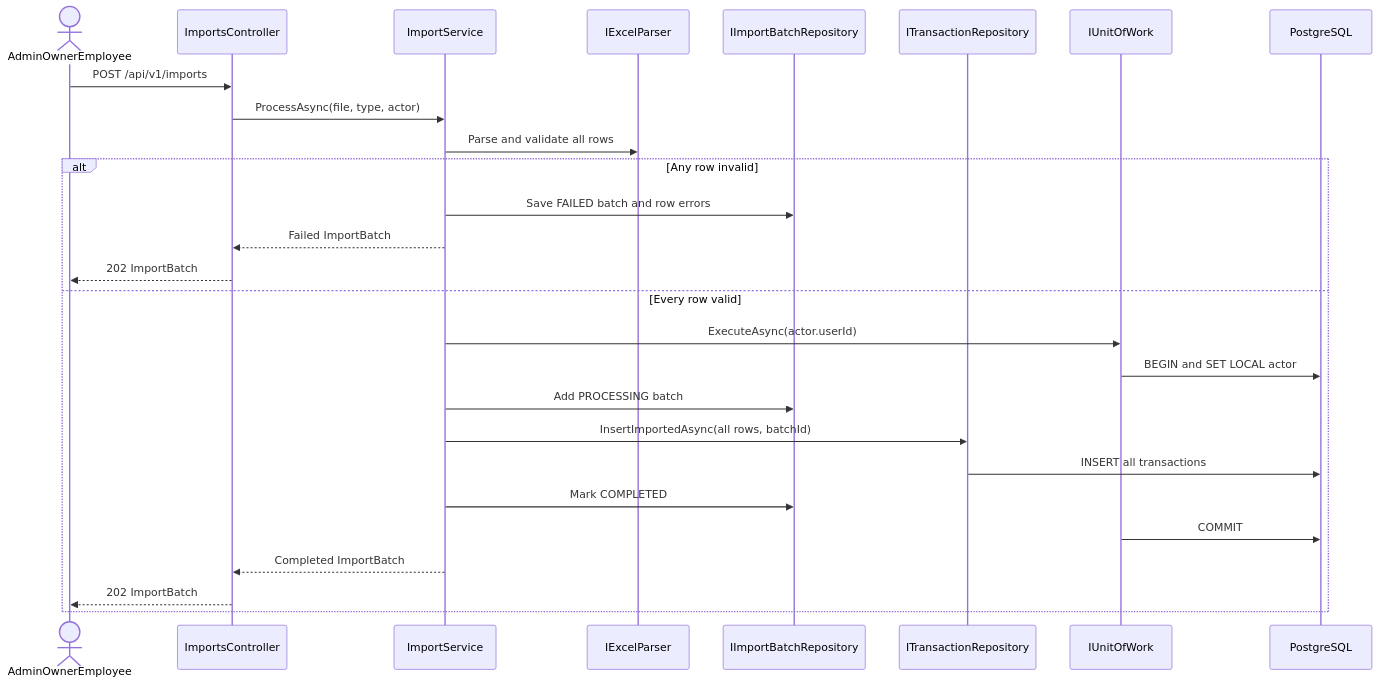
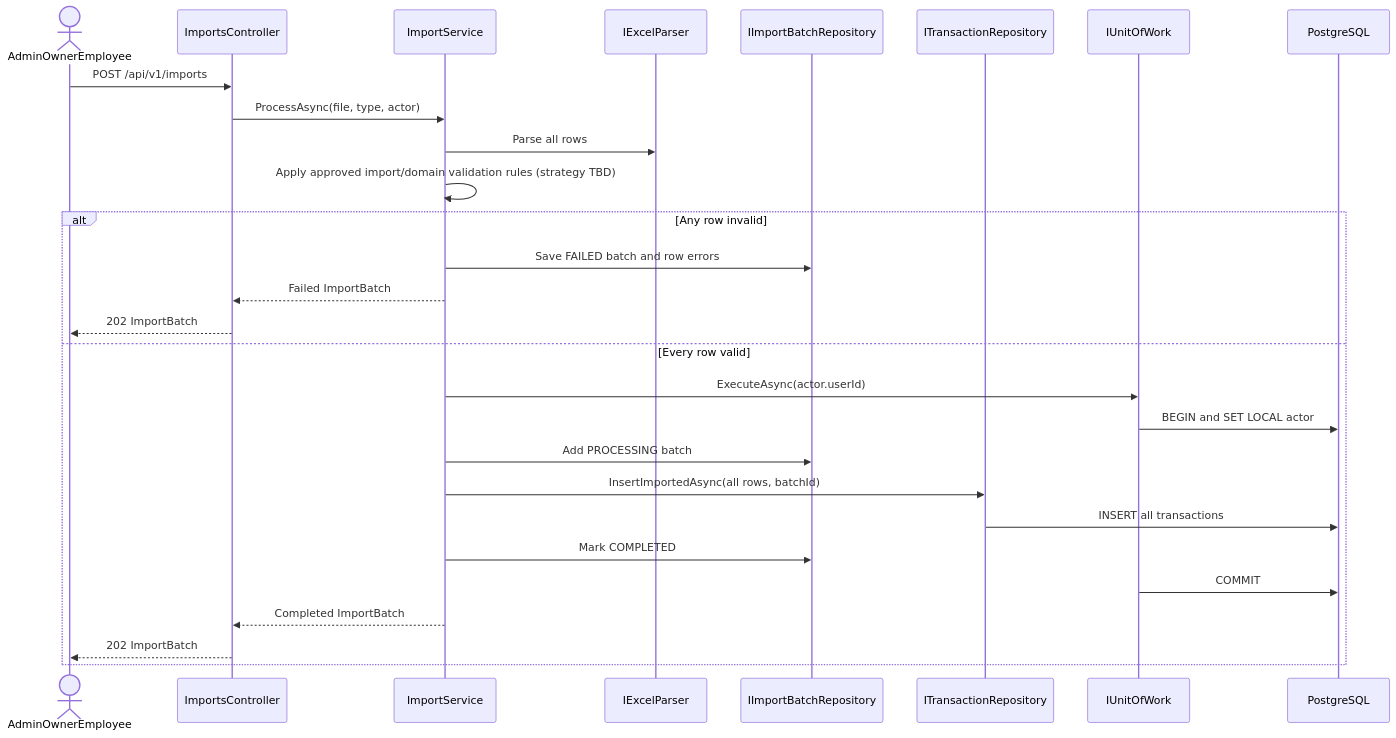
The fourth of 8 diagrams in docs/architecture/uml/03-api-traceability.md (PhamHiep948/finance-manager), drawn with Mermaid before and after one commit. The commit also changed other lines of this file and 20 other files, not shown here.

````diff
--- a/docs/architecture/uml/03-api-traceability.md
+++ b/docs/architecture/uml/03-api-traceability.md
@@ -100,29 +106,30 @@
 ```mermaid
 sequenceDiagram
     actor User as AdminOwnerEmployee
     participant Api as ImportsController
     participant App as ImportService
     participant Parser as IExcelParser
     participant Batch as IImportBatchRepository
     participant Tx as ITransactionRepository
     participant Uow as IUnitOfWork
     participant Db as PostgreSQL
     User->>Api: POST /api/v1/imports
     Api->>App: ProcessAsync(file, type, actor)
-    App->>Parser: Parse and validate all rows
+    App->>Parser: Parse all rows
+    App->>App: Apply approved import/domain validation rules (strategy TBD)
     alt Any row invalid
         App->>Batch: Save FAILED batch and row errors
         App-->>Api: Failed ImportBatch
         Api-->>User: 202 ImportBatch
     else Every row valid
         App->>Uow: ExecuteAsync(actor.userId)
         Uow->>Db: BEGIN and SET LOCAL actor
         App->>Batch: Add PROCESSING batch
         App->>Tx: InsertImportedAsync(all rows, batchId)
         Tx->>Db: INSERT all transactions
         App->>Batch: Mark COMPLETED
         Uow->>Db: COMMIT
         App-->>Api: Completed ImportBatch
         Api-->>User: 202 ImportBatch
     end
 ```
````
